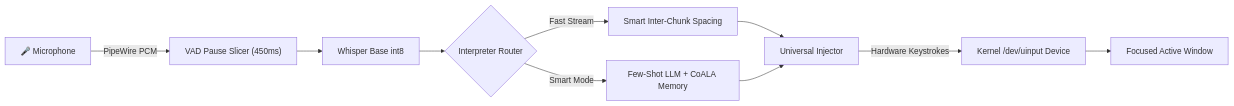
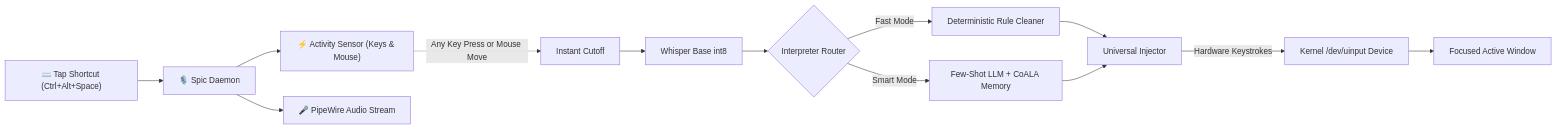
One commit to adarshacharya18/spic-voice-copilot changed the diagram in README.md. Above: the diagram before and after it, drawn with Mermaid. The commit also changed other lines of this file and 8 other files, not shown here.

````diff
--- a/README.md
+++ b/README.md
@@ -182,12 +180,18 @@
 ```mermaid
 flowchart LR
-    Mic["🎤 Microphone"] -->|PipeWire PCM| VAD["VAD Pause Slicer (450ms)"]
-    VAD --> STT["Whisper Base int8"]
+    Hotkey["⌨️ Tap Shortcut (Ctrl+Alt+Space)"] --> Spic["🎙️ Spic Daemon"]
+    Spic --> Sensor["⚡ Activity Sensor (Keys & Mouse)"]
+    Spic --> Mic["🎤 PipeWire Audio Stream"]
+    
+    Sensor -.->|Any Key Press or Mouse Move| Stop["Instant Cutoff"]
+    Stop --> STT["Whisper Base int8"]
     STT --> Router{"Interpreter Router"}
-    Router -->|Fast Stream| Spacing["Smart Inter-Chunk Spacing"]
+    
+    Router -->|Fast Mode| Rules["Deterministic Rule Cleaner"]
     Router -->|Smart Mode| LLM["Few-Shot LLM + CoALA Memory"]
-    Spacing --> Injector["Universal Injector"]
+    
+    Rules --> Injector["Universal Injector"]
     LLM --> Injector
     Injector -->|Hardware Keystrokes| UInput["Kernel /dev/uinput Device"]
     UInput --> App["Focused Active Window"]
 ```
````
